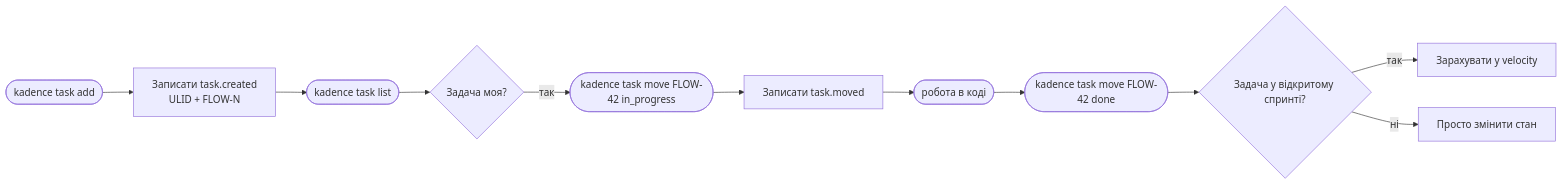
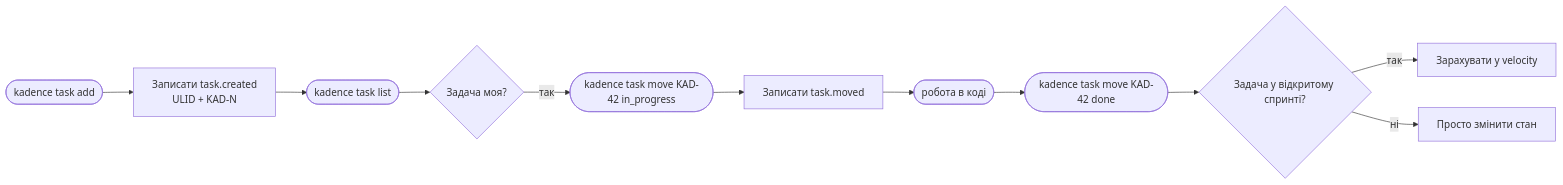
The second of 5 diagrams in docs/design/user-flows.md (bogutskiandriy/kadence), drawn with Mermaid before and after one commit. The commit also changed other lines of this file and 10 other files, not shown here.

````diff
--- a/docs/design/user-flows.md
+++ b/docs/design/user-flows.md
@@ -34,13 +34,13 @@
 ```mermaid
 flowchart LR
-    A([kadence task add]) --> B[Записати task.created<br/>ULID + FLOW-N]
+    A([kadence task add]) --> B[Записати task.created<br/>ULID + KAD-N]
     B --> C([kadence task list])
     C --> D{Задача моя?}
-    D -- так --> E([kadence task move FLOW-42 in_progress])
+    D -- так --> E([kadence task move KAD-42 in_progress])
     E --> F[Записати task.moved]
     F --> G([робота в коді])
-    G --> H([kadence task move FLOW-42 done])
+    G --> H([kadence task move KAD-42 done])
     H --> I{Задача у відкритому спринті?}
     I -- так --> J[Зарахувати у velocity]
     I -- ні --> K[Просто змінити стан]
 ```
````
